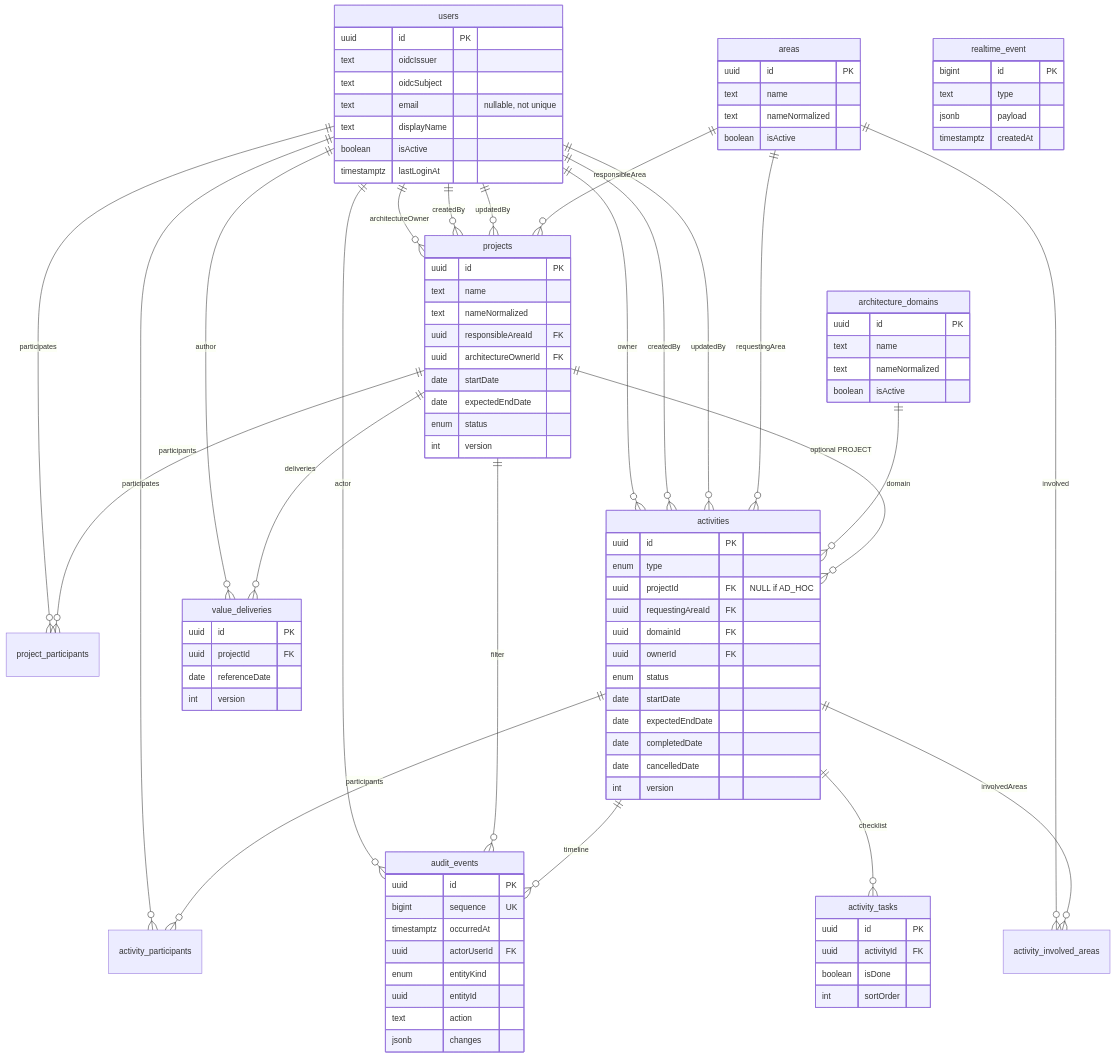
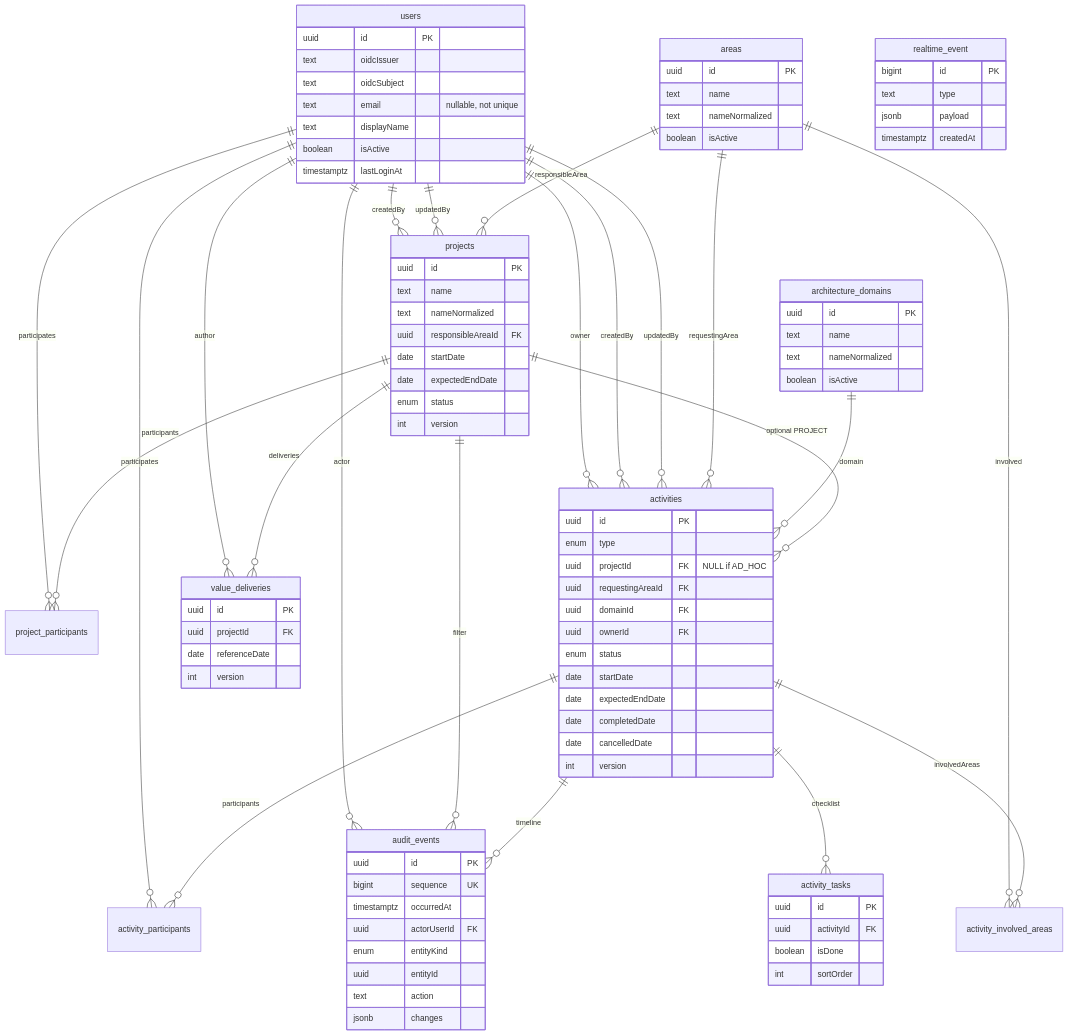
One commit to tassosgomes/arquitetura-kanban changed the diagram in docs/data-model.md. Above: the diagram before and after it, drawn with Mermaid. The commit also changed other lines of this file and 41 other files, not shown here.

````diff
--- a/docs/data-model.md
+++ b/docs/data-model.md
@@ -25,6 +25,5 @@
 ```mermaid
 erDiagram
-  users ||--o{ projects : architectureOwner
   users ||--o{ projects : createdBy
   users ||--o{ projects : updatedBy
   users ||--o{ project_participants : participates
@@ -80,7 +79,6 @@
     text name
     text nameNormalized
     uuid responsibleAreaId FK
-    uuid architectureOwnerId FK
     date startDate
     date expectedEndDate
     enum status
````
